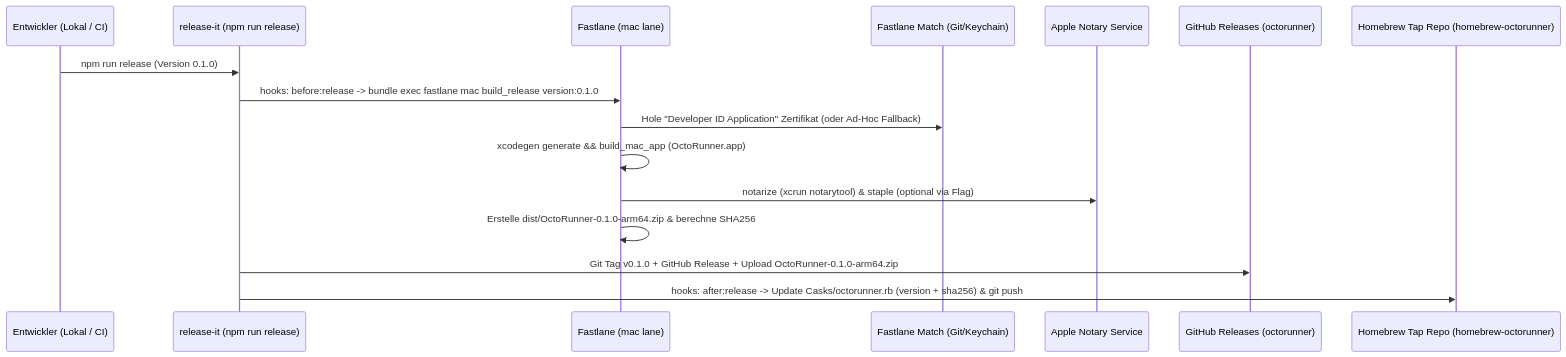
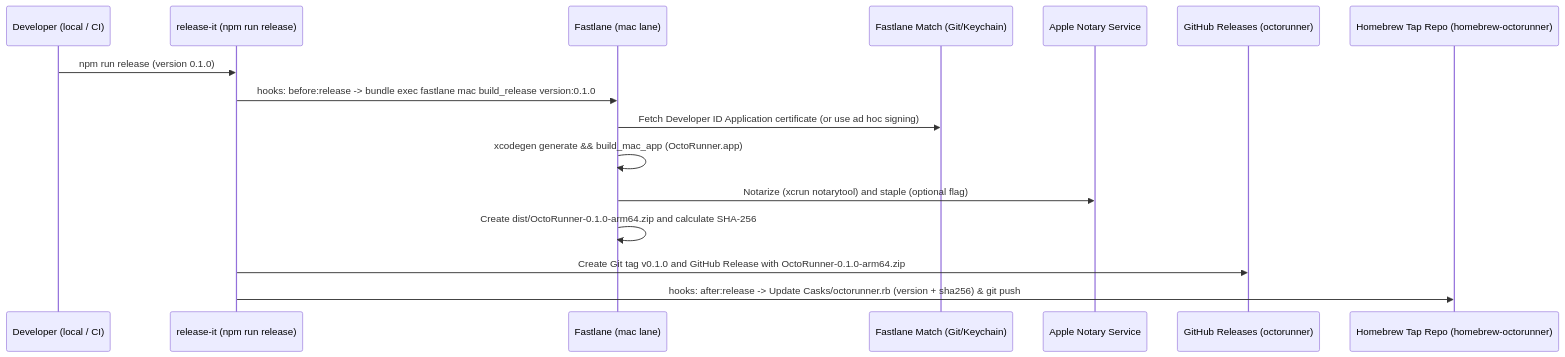
One commit to loesch-digital/octorunner changed the diagram in docs/03-step-01-infrastructure-homebrew-release.md. Above: the diagram before and after it, drawn with Mermaid. The commit also changed other lines of this file and 43 other files, not shown here.

````diff
--- a/docs/03-step-01-infrastructure-homebrew-release.md
+++ b/docs/03-step-01-infrastructure-homebrew-release.md
@@ -10,19 +9,19 @@
 ```mermaid
 sequenceDiagram
-    participant Dev as Entwickler (Lokal / CI)
+    participant Dev as Developer (local / CI)
     participant RI as release-it (npm run release)
     participant FL as Fastlane (mac lane)
     participant Match as Fastlane Match (Git/Keychain)
     participant Apple as Apple Notary Service
     participant GH as GitHub Releases (octorunner)
     participant Tap as Homebrew Tap Repo (homebrew-octorunner)
 
-    Dev->>RI: npm run release (Version 0.1.0)
+    Dev->>RI: npm run release (version 0.1.0)
     RI->>FL: hooks: before:release -> bundle exec fastlane mac build_release version:0.1.0
-    FL->>Match: Hole "Developer ID Application" Zertifikat (oder Ad-Hoc Fallback)
+    FL->>Match: Fetch Developer ID Application certificate (or use ad hoc signing)
     FL->>FL: xcodegen generate && build_mac_app (OctoRunner.app)
-    FL->>Apple: notarize (xcrun notarytool) & staple (optional via Flag)
-    FL->>FL: Erstelle dist/OctoRunner-0.1.0-arm64.zip & berechne SHA256
-    RI->>GH: Git Tag v0.1.0 + GitHub Release + Upload OctoRunner-0.1.0-arm64.zip
+    FL->>Apple: Notarize (xcrun notarytool) and staple (optional flag)
+    FL->>FL: Create dist/OctoRunner-0.1.0-arm64.zip and calculate SHA-256
+    RI->>GH: Create Git tag v0.1.0 and GitHub Release with OctoRunner-0.1.0-arm64.zip
     RI->>Tap: hooks: after:release -> Update Casks/octorunner.rb (version + sha256) & git push
 ```
````
